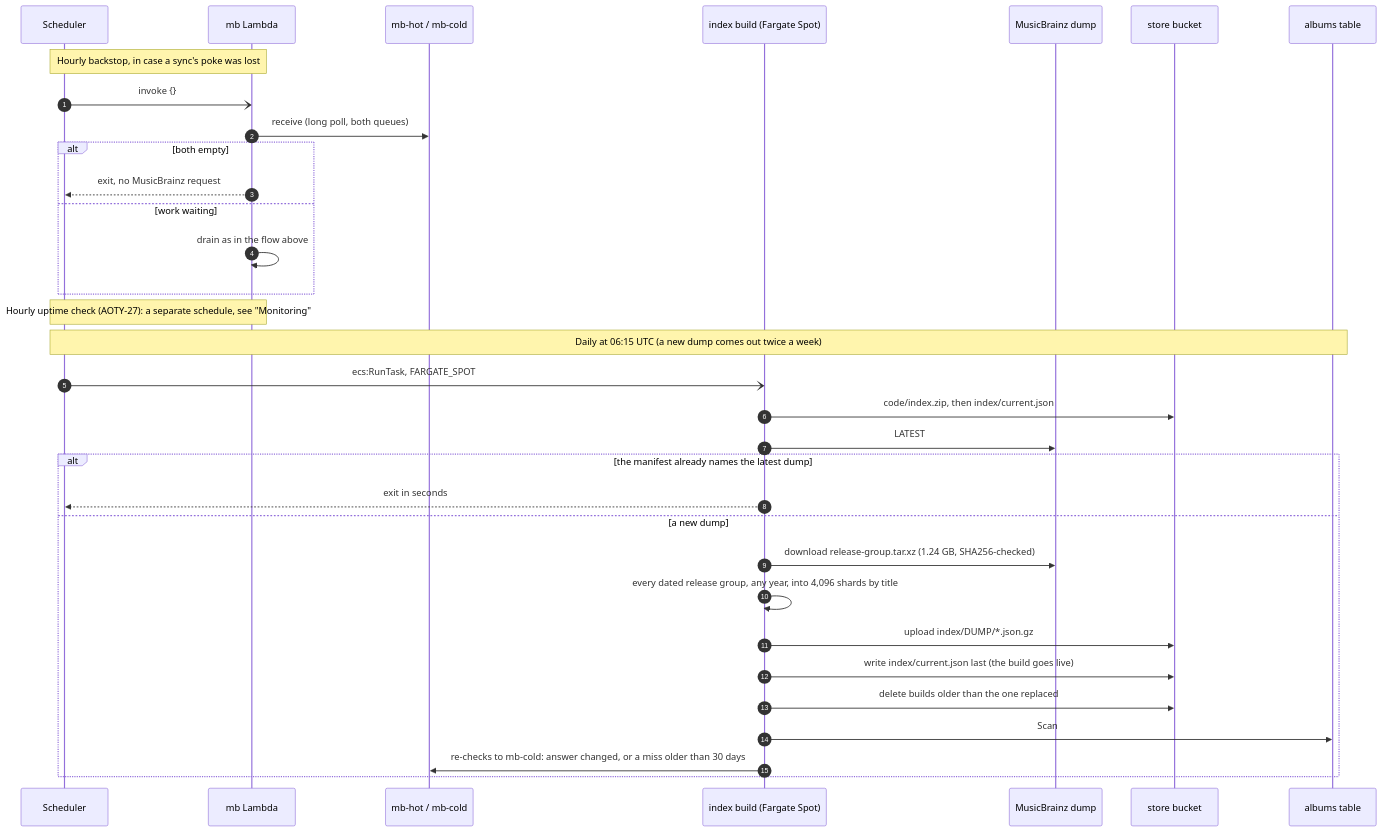
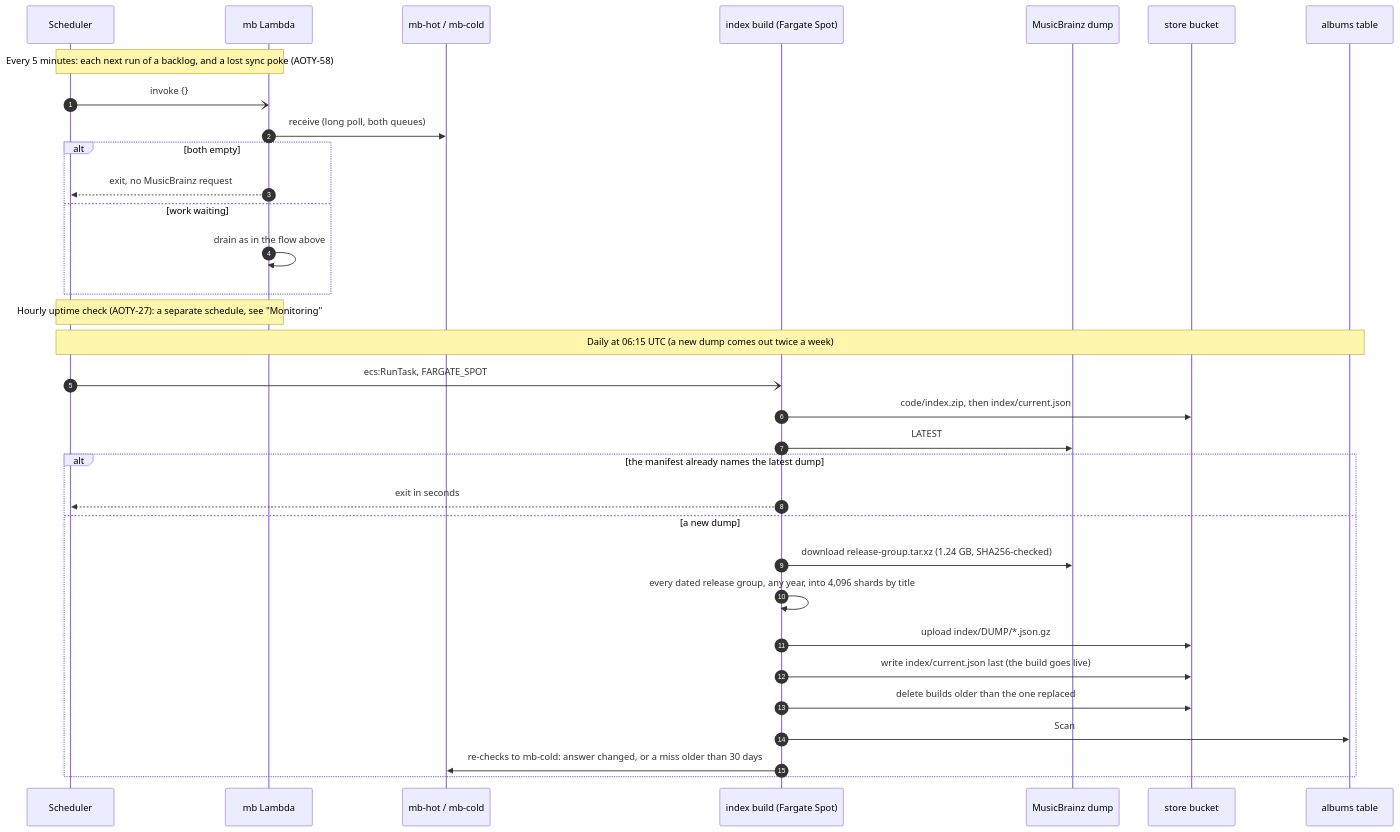
Before and after one commit to eightyeighteyes/aoty-chart-toy: the eighth of 10 diagrams in docs/architecture.md, drawn with Mermaid. The commit also changed other lines of this file and 3 other files, not shown here.

````diff
--- a/docs/architecture.md
+++ b/docs/architecture.md
@@ -382,38 +380,38 @@
 ```mermaid
 sequenceDiagram
   autonumber
   participant SC as Scheduler
   participant MB as mb Lambda
   participant HQ as mb-hot / mb-cold
   participant IX as index build (Fargate Spot)
   participant DUMP as MusicBrainz dump
   participant ST as store bucket
   participant AT as albums table
 
-  Note over SC,MB: Hourly backstop, in case a sync's poke was lost
+  Note over SC,MB: Every 5 minutes: each next run of a backlog, and a lost sync poke (AOTY-58)
   SC-)MB: invoke {}
   MB->>HQ: receive (long poll, both queues)
   alt both empty
     MB-->>SC: exit, no MusicBrainz request
   else work waiting
     MB->>MB: drain as in the flow above
   end
 
   Note over SC,MB: Hourly uptime check (AOTY-27): a separate schedule, see "Monitoring"
 
   Note over SC,AT: Daily at 06:15 UTC (a new dump comes out twice a week)
   SC-)IX: ecs:RunTask, FARGATE_SPOT
   IX->>ST: code/index.zip, then index/current.json
   IX->>DUMP: LATEST
   alt the manifest already names the latest dump
     IX-->>SC: exit in seconds
   else a new dump
     IX->>DUMP: download release-group.tar.xz (1.24 GB, SHA256-checked)
     IX->>IX: every dated release group, any year, into 4,096 shards by title
     IX->>ST: upload index/DUMP/*.json.gz
     IX->>ST: write index/current.json last (the build goes live)
     IX->>ST: delete builds older than the one replaced
     IX->>AT: Scan
     IX->>HQ: re-checks to mb-cold: answer changed, or a miss older than 30 days
   end
 ```
````
